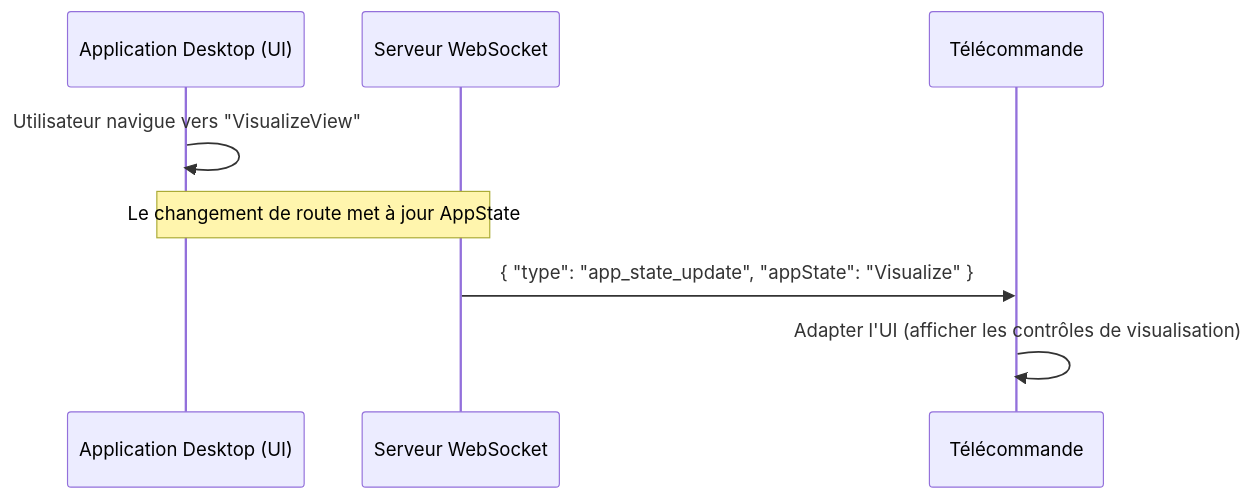
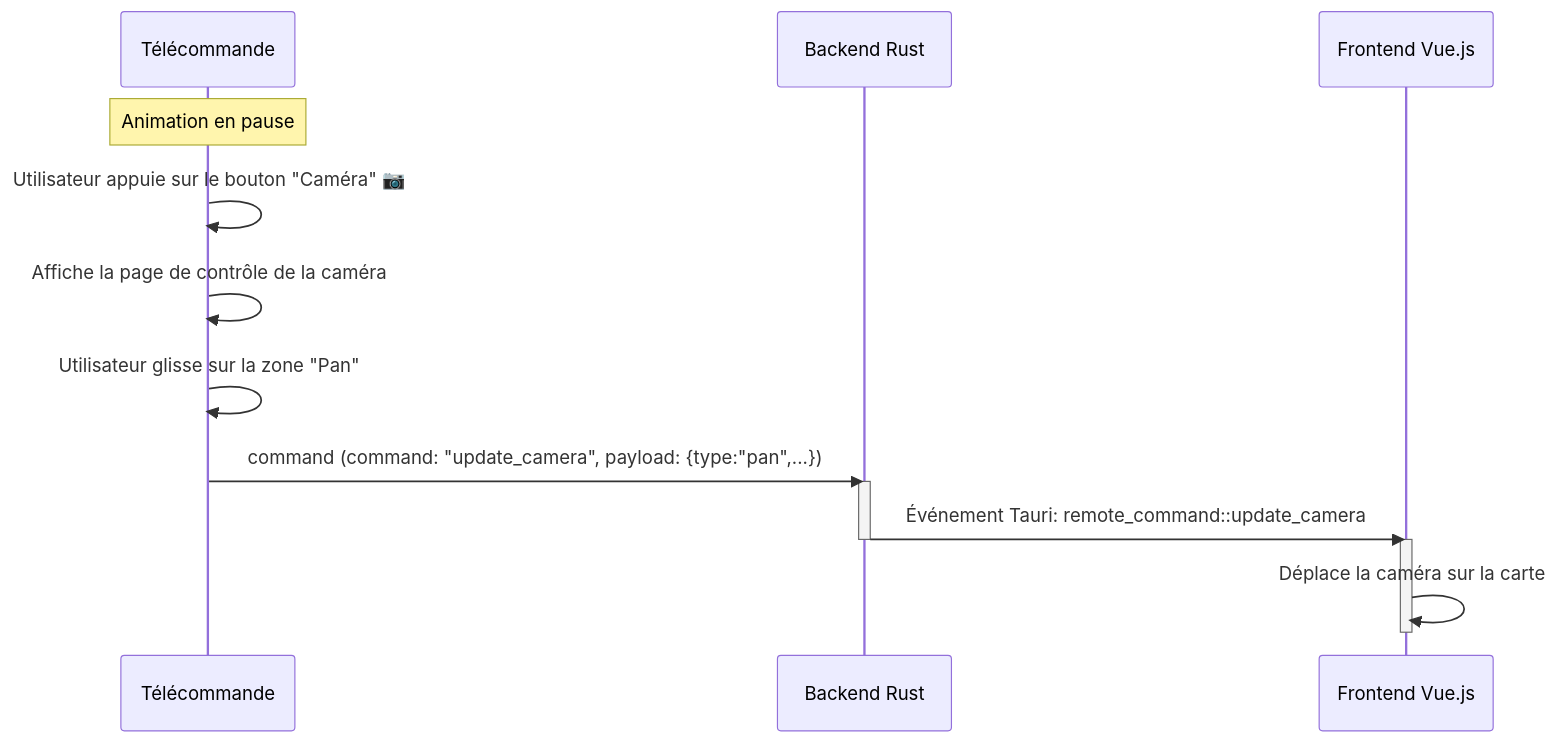
The third of 3 diagrams in documentation/remote_interface_spec.md (JMBaubet/VisuGPS), drawn with Mermaid before and after one commit. The commit also changed other lines of this file and 1 other file, not shown here.

First line of the commit message:
docs: Mise à jour détaillée de la documentation de la télécommande

````diff
--- a/documentation/remote_interface_spec.md
+++ b/documentation/remote_interface_spec.md
@@ -204,11 +194,20 @@
 ```mermaid
 sequenceDiagram
-    participant DesktopUI as Application Desktop (UI)
-    participant Server as Serveur WebSocket
-    participant Client as Télécommande
+    participant RC as Télécommande
+    participant Server as Backend Rust
+    participant DesktopUI as Frontend Vue.js
 
-    DesktopUI->>DesktopUI: Utilisateur navigue vers "VisualizeView"
-    Note over DesktopUI, Server: Le changement de route met à jour AppState
-    Server->>Client: { "type": "app_state_update", "appState": "Visualize" }
-    Client->>Client: Adapter l'UI (afficher les contrôles de visualisation)
+    Note over RC: Animation en pause
+    RC->>RC: Utilisateur appuie sur le bouton "Caméra" 📷
+    RC->>RC: Affiche la page de contrôle de la caméra
+    
+    RC->>RC: Utilisateur glisse sur la zone "Pan"
+    RC->>Server: command (command: "update_camera", payload: {type:"pan",...})
+    activate Server
+    Server->>DesktopUI: Événement Tauri: remote_command::update_camera
+    deactivate Server
+    
+    activate DesktopUI
+    DesktopUI->>DesktopUI: Déplace la caméra sur la carte
+    deactivate DesktopUI
 ```
````
